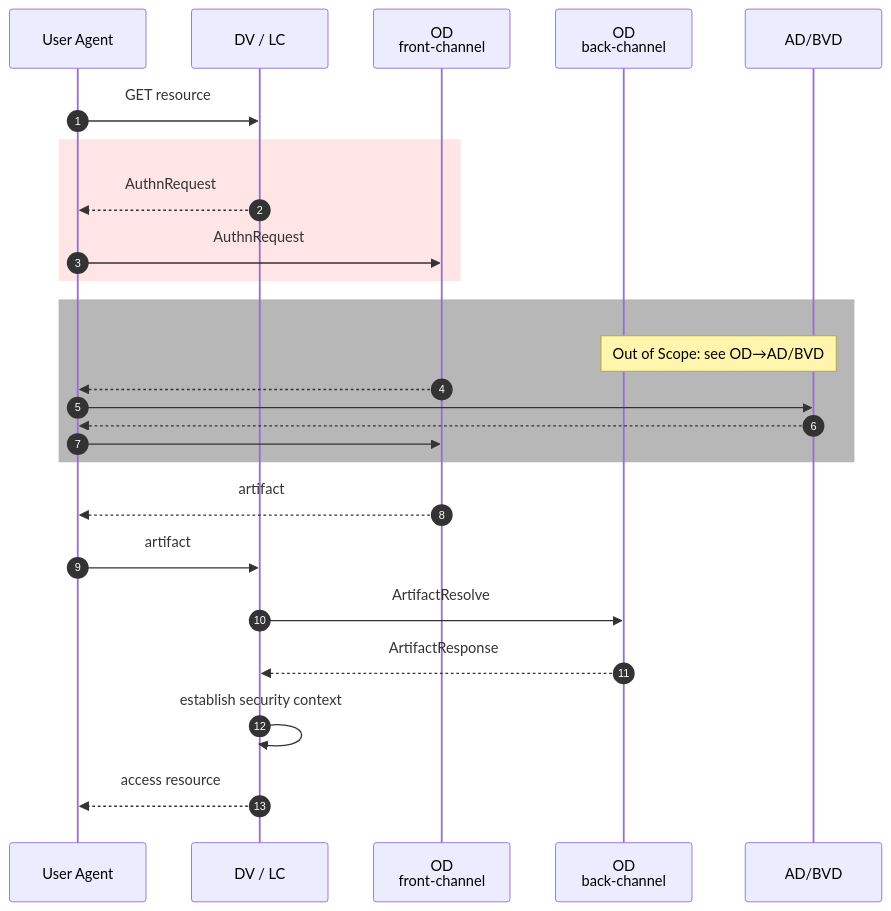
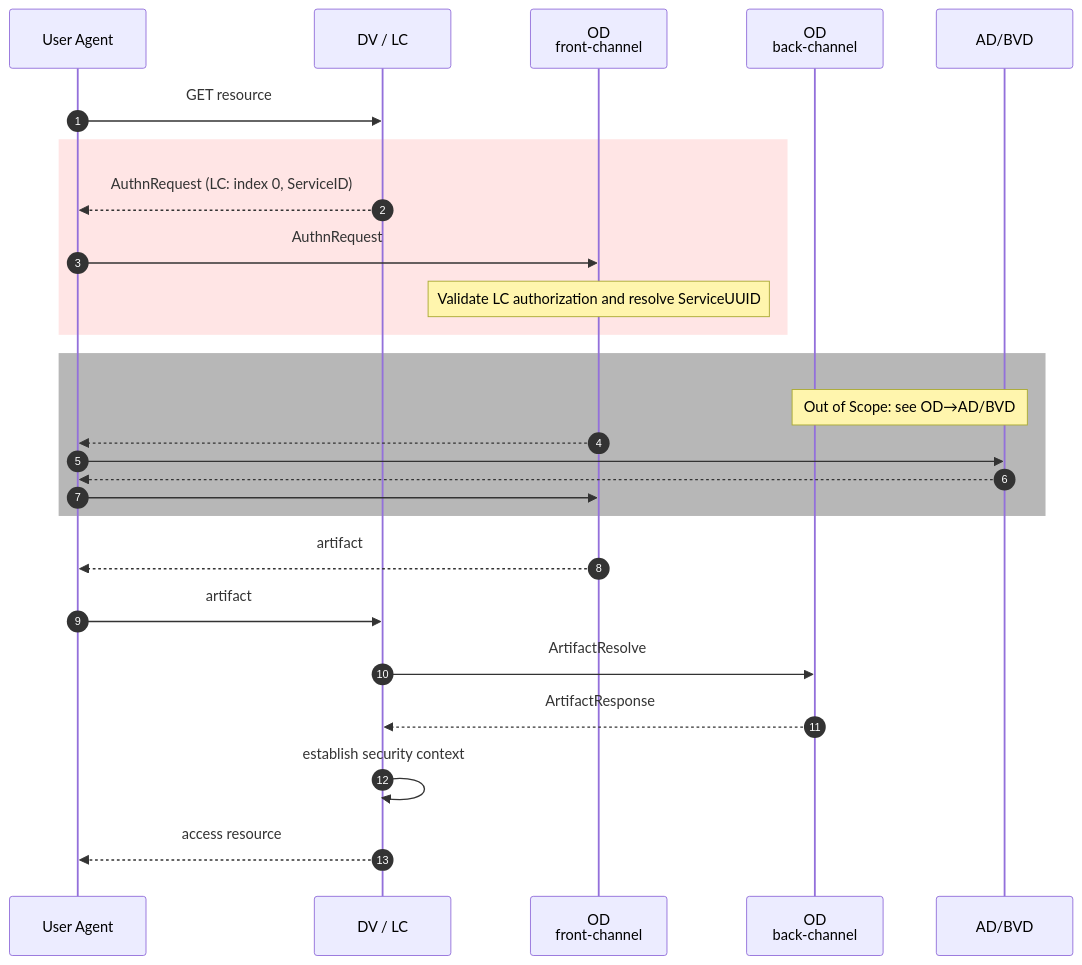
Before and after one commit to Logius-standaarden/st-saml-spec: the diagram in media/saml-authentication-flow-dv-lc-rd-authn-request.mermaid, drawn with Mermaid. The commit also changed 27 other files, not shown here.

```diff
--- a/media/saml-authentication-flow-dv-lc-rd-authn-request.mermaid
+++ b/media/saml-authentication-flow-dv-lc-rd-authn-request.mermaid
@@ -1,29 +1,30 @@
 %%{init: {
     "themeVariables": {"fontSize": "24px"},
     "sequence": {"boxMargin": 20}
 }}%%
 sequenceDiagram
 autonumber
 participant A as User Agent
 participant B as DV / LC
 participant C as OD <br /> front-channel
 participant D as OD <br /> back-channel
 participant E as AD/BVD
 A->>B: GET resource
 rect rgba(255,0,0,.1)
-    B-->>A: AuthnRequest
+    B-->>A: AuthnRequest (LC: index 0, ServiceID)
     A->>C: AuthnRequest
+    Note over C: Validate LC authorization and resolve ServiceUUID
 end
 rect rgba(75, 75, 75,.4)
     Note over D,E: Out of Scope: see OD#8594;AD/BVD
     C-->>A:
     A->>E:
     E-->>A:
     A->>C:
 end
 C-->>A: artifact
 A->>B: artifact
 B->>D: ArtifactResolve
 D-->>B: ArtifactResponse
 B->>B: establish security context
 B-->>A: access resource
```
